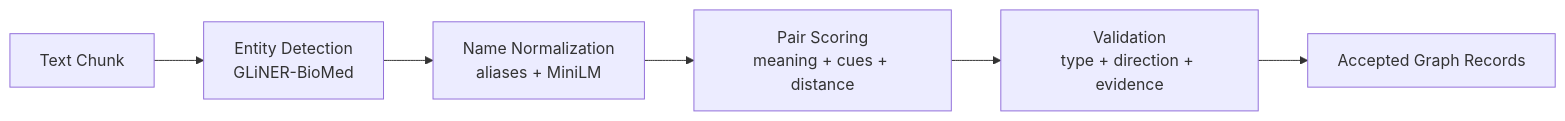
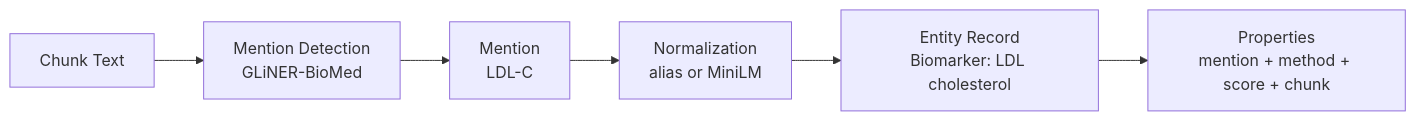
One commit to anthonylitwin/med-graph-rag changed the sixth of 12 diagrams in docs/capstone_presentation.md. Above: the diagram before and after it, drawn with Mermaid. The commit also changed other lines of this file, not shown here.

````diff
--- a/docs/capstone_presentation.md
+++ b/docs/capstone_presentation.md
@@ -261,8 +307,8 @@
 ```mermaid
 flowchart LR
-    A["Text Chunk"] --> B["Entity Detection<br/>GLiNER-BioMed"]
-    B --> C["Name Normalization<br/>aliases + MiniLM"]
-    C --> D["Pair Scoring<br/>meaning + cues + distance"]
-    D --> E["Validation<br/>type + direction + evidence"]
-    E --> F["Accepted Graph Records"]
+    A["Chunk Text"] --> B["Mention Detection<br/>GLiNER-BioMed"]
+    B --> C["Mention<br/>LDL-C"]
+    C --> D["Normalization<br/>alias or MiniLM"]
+    D --> E["Entity Record<br/>Biomarker: LDL cholesterol"]
+    E --> F["Properties<br/>mention + method + score + chunk"]
 ```
````
